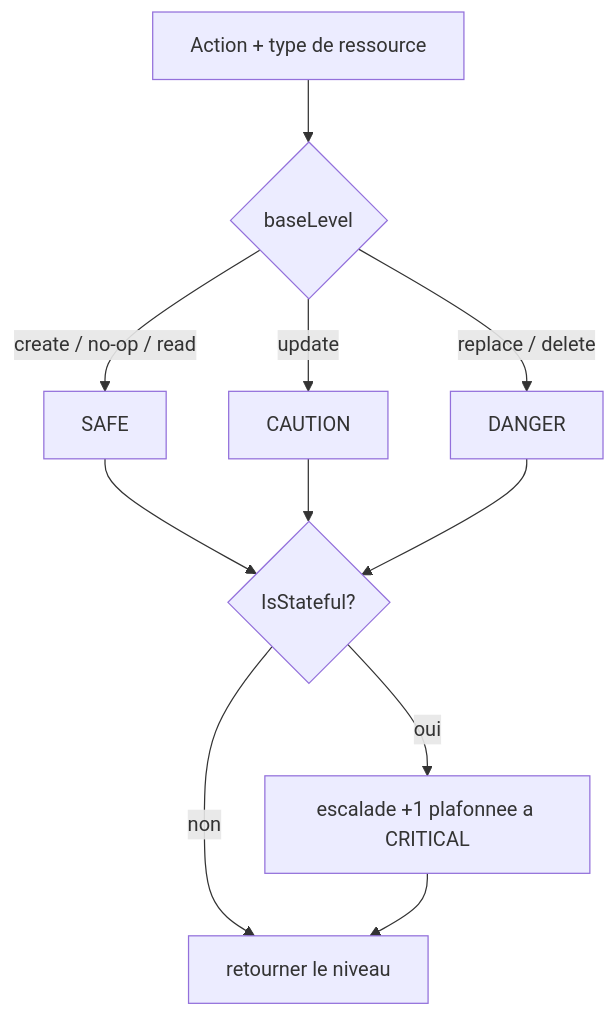
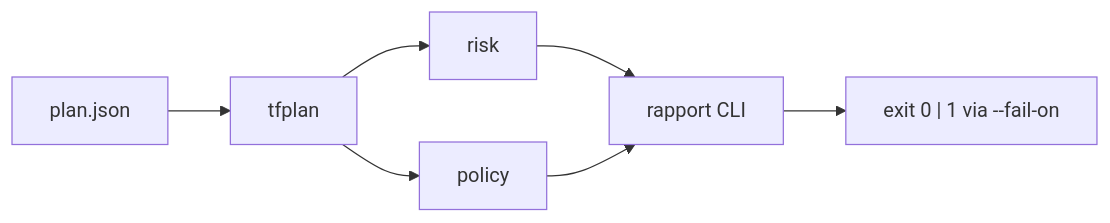
One commit to SamyBaouche/iac-sentinel changed the diagram in README.fr.md. Above: the diagram before and after it, drawn with Mermaid. The commit also changed other lines of this file and 26 other files, not shown here.

````diff
--- a/README.fr.md
+++ b/README.fr.md
@@ -315,13 +9,9 @@
 ```mermaid
-flowchart TD
-  A[Action + type de ressource] --> B{baseLevel}
-  B -->|create / no-op / read| S[SAFE]
-  B -->|update| C[CAUTION]
-  B -->|replace / delete| D[DANGER]
-  S --> E{IsStateful?}
-  C --> E
+flowchart LR
+  A[plan.json] --> B[tfplan]
+  B --> C[risk]
+  B --> D[policy]
+  C --> E[rapport CLI]
   D --> E
-  E -->|non| F[retourner le niveau]
-  E -->|oui| G[escalade +1 plafonnee a CRITICAL]
-  G --> F
+  E --> F["exit 0 | 1 via --fail-on"]
 ```
````
